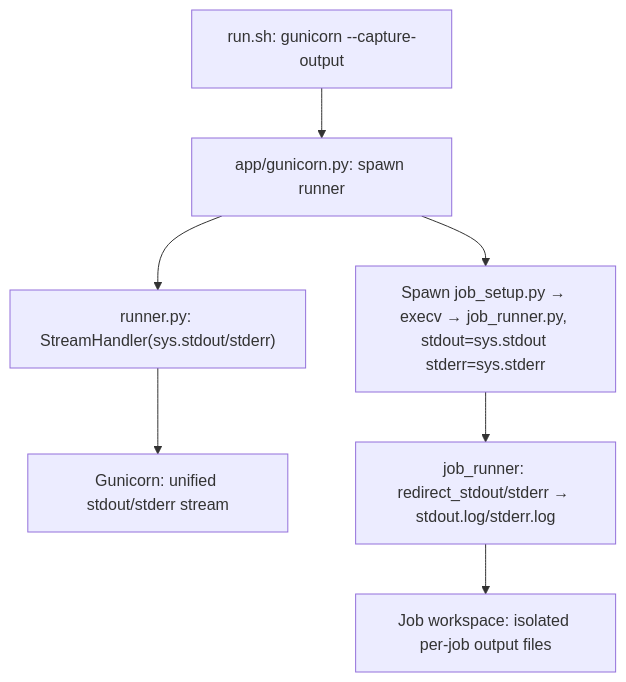
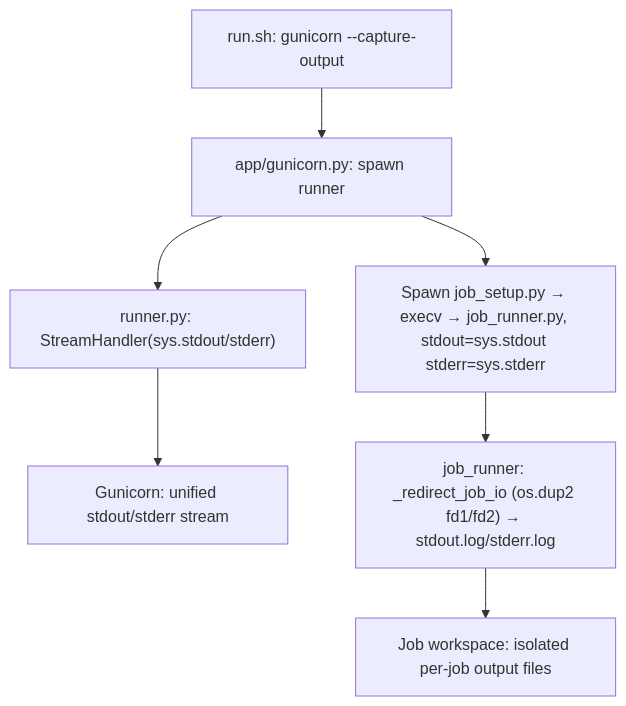
One commit to pyops-project/pyops changed the tenth of 10 diagrams in docs/insights_app.md. Above: the diagram before and after it, drawn with Mermaid. The commit also changed other lines of this file and 7 other files, not shown here.

First line of the commit message:
- v3.3.0 review changes: fd-level stdout/stderr redirect; sets-job modal scales to ~95vw/95vh

````diff
--- a/docs/insights_app.md
+++ b/docs/insights_app.md
@@ -805,9 +810,9 @@
 ```mermaid
 flowchart TD
     A["run.sh: gunicorn --capture-output"] --> B["app/gunicorn.py: spawn runner"]
     B --> C["runner.py: StreamHandler(sys.stdout/stderr)"]
     C --> D["Gunicorn: unified stdout/stderr stream"]
     B --> E["Spawn job_setup.py → execv → job_runner.py, stdout=sys.stdout stderr=sys.stderr"]
-    E --> F["job_runner: redirect_stdout/stderr → stdout.log/stderr.log"]
+    E --> F["job_runner: _redirect_job_io (os.dup2 fd1/fd2) → stdout.log/stderr.log"]
     F --> G["Job workspace: isolated per-job output files"]
 ```
````
